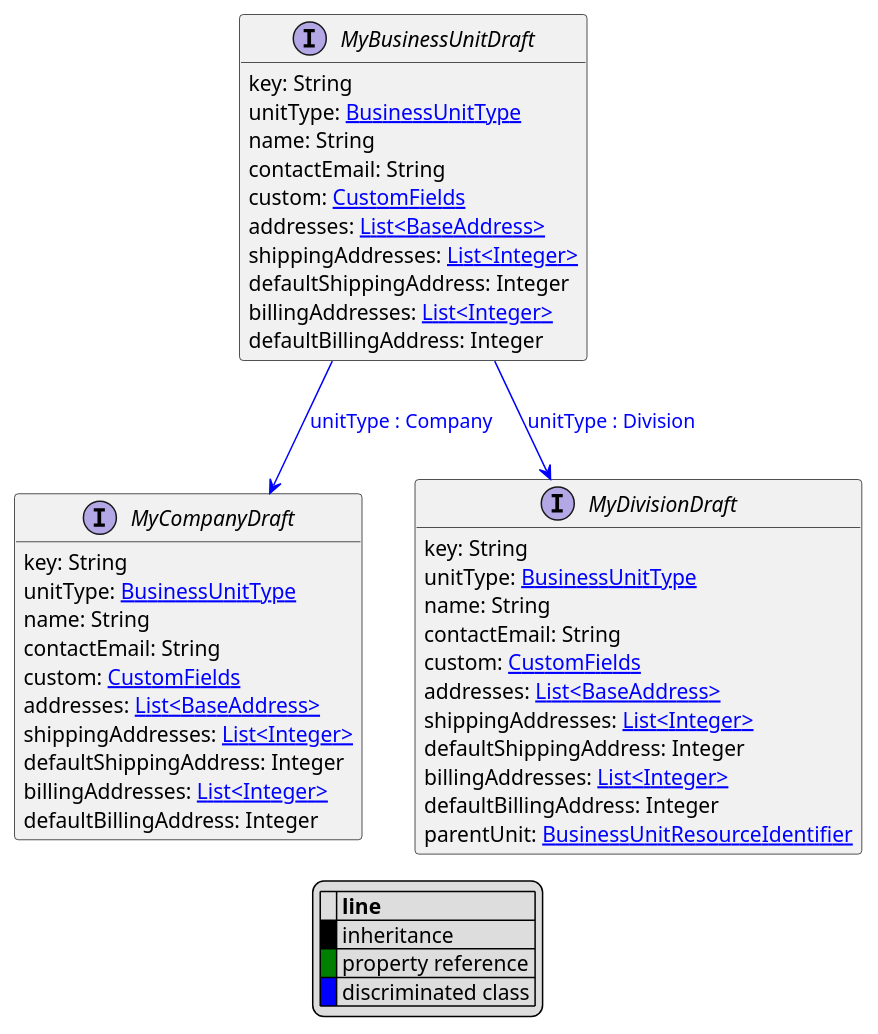
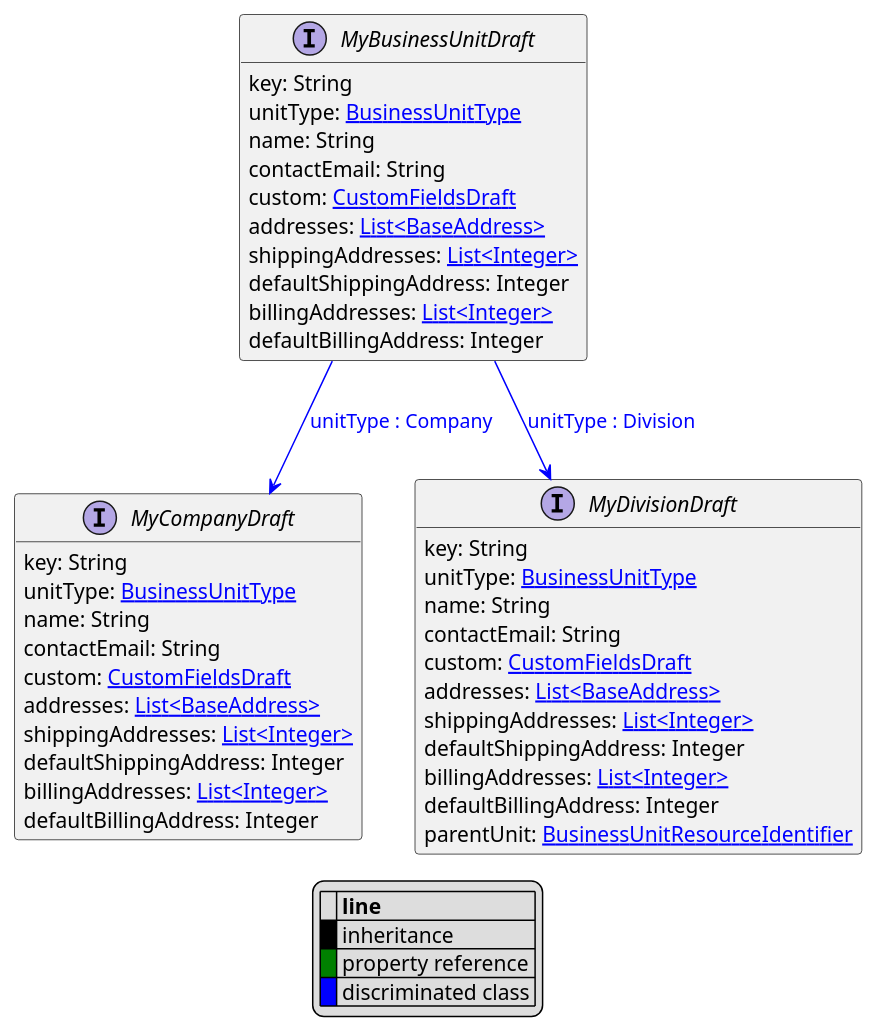
One commit to commercetools/commercetools-api-reference changed the diagram in uml/api/MyBusinessUnitDraft.puml. Above: the diagram before and after it, drawn with PlantUML. The commit also changed 16 other files, not shown here.

```diff
--- a/uml/api/MyBusinessUnitDraft.puml
+++ b/uml/api/MyBusinessUnitDraft.puml
@@ -1,54 +1,54 @@
 @startuml
 
 hide empty fields
 hide empty methods
 legend
 |= |= line |
 |<back:black>   </back>| inheritance |
 |<back:green>   </back>| property reference |
 |<back:blue>   </back>| discriminated class |
 endlegend
 interface MyBusinessUnitDraft [[MyBusinessUnitDraft.svg]]  {
     key: String
     unitType: [[BusinessUnitType.svg BusinessUnitType]]
     name: String
     contactEmail: String
-    custom: [[CustomFields.svg CustomFields]]
+    custom: [[CustomFieldsDraft.svg CustomFieldsDraft]]
     addresses: [[BaseAddress.svg List<BaseAddress>]]
     shippingAddresses: [[Integer.svg List<Integer>]]
     defaultShippingAddress: Integer
     billingAddresses: [[Integer.svg List<Integer>]]
     defaultBillingAddress: Integer
 }
 
 
 interface MyCompanyDraft [[MyCompanyDraft.svg]]  {
     key: String
     unitType: [[BusinessUnitType.svg BusinessUnitType]]
     name: String
     contactEmail: String
-    custom: [[CustomFields.svg CustomFields]]
+    custom: [[CustomFieldsDraft.svg CustomFieldsDraft]]
     addresses: [[BaseAddress.svg List<BaseAddress>]]
     shippingAddresses: [[Integer.svg List<Integer>]]
     defaultShippingAddress: Integer
     billingAddresses: [[Integer.svg List<Integer>]]
     defaultBillingAddress: Integer
 }
 interface MyDivisionDraft [[MyDivisionDraft.svg]]  {
     key: String
     unitType: [[BusinessUnitType.svg BusinessUnitType]]
     name: String
     contactEmail: String
-    custom: [[CustomFields.svg CustomFields]]
+    custom: [[CustomFieldsDraft.svg CustomFieldsDraft]]
     addresses: [[BaseAddress.svg List<BaseAddress>]]
     shippingAddresses: [[Integer.svg List<Integer>]]
     defaultShippingAddress: Integer
     billingAddresses: [[Integer.svg List<Integer>]]
     defaultBillingAddress: Integer
     parentUnit: [[BusinessUnitResourceIdentifier.svg BusinessUnitResourceIdentifier]]
 }
 
 MyBusinessUnitDraft --> MyCompanyDraft #blue;text:blue : "unitType : Company"
 MyBusinessUnitDraft --> MyDivisionDraft #blue;text:blue : "unitType : Division"
 
 @enduml
```
